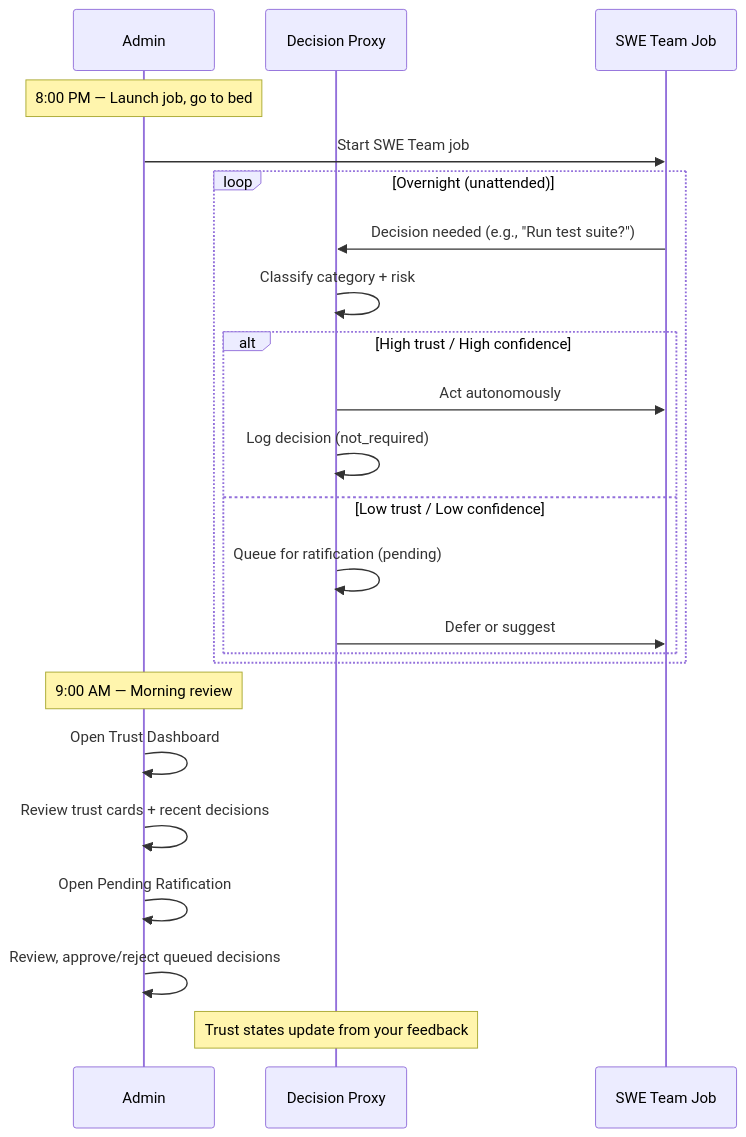
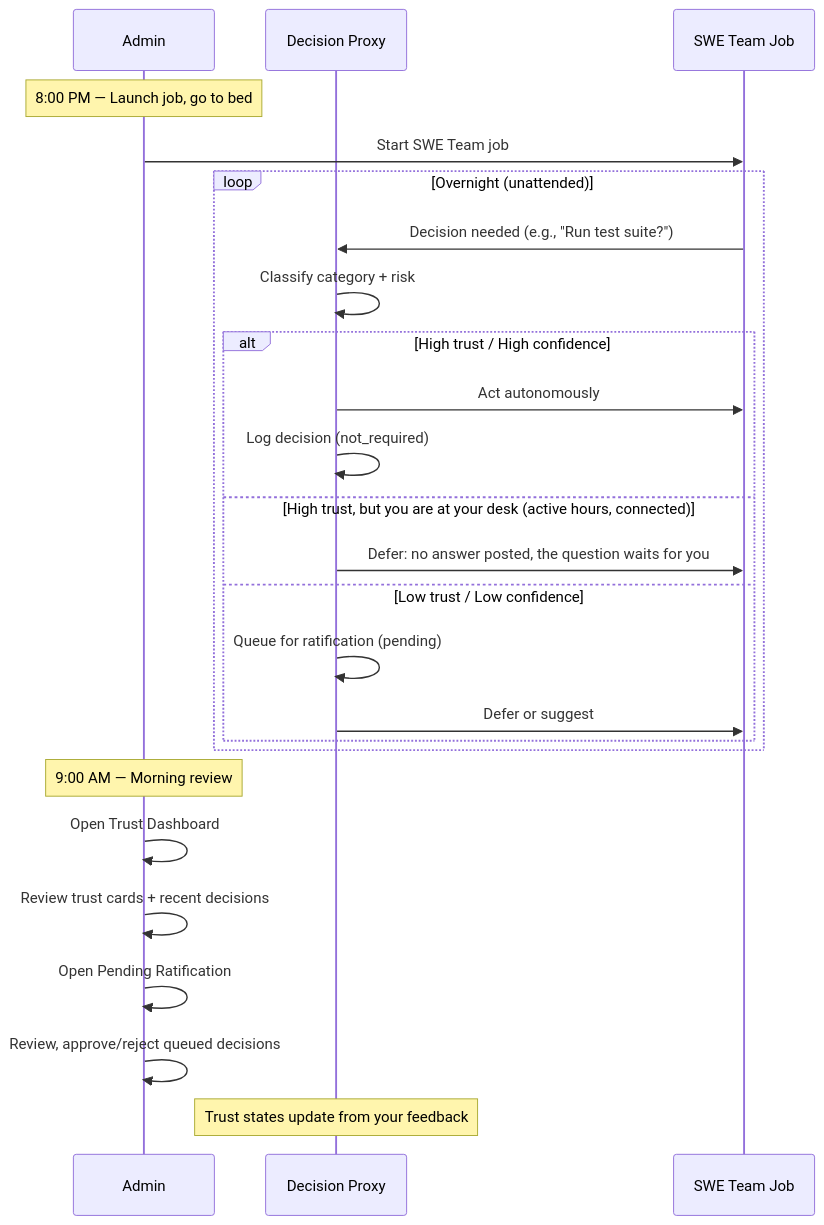
Before and after one commit to deepily/lupin: the first of 2 diagrams in src/docs/proxy-admin-guide.md, drawn with Mermaid. The commit also changed other lines of this file and 1 other file, not shown here.

First line of the commit message:
[LUPIN] SmartRouter wiring docs: the admin guide explains active hours and deferral, and the wiki stops saying nothing calls the router (base 13af10c8b)

````diff
--- a/src/docs/proxy-admin-guide.md
+++ b/src/docs/proxy-admin-guide.md
@@ -125,28 +168,30 @@
 ```mermaid
 sequenceDiagram
     participant You as Admin
     participant Proxy as Decision Proxy
     participant Job as SWE Team Job
 
     Note over You: 8:00 PM — Launch job, go to bed
     You->>Job: Start SWE Team job
 
     loop Overnight (unattended)
         Job->>Proxy: Decision needed (e.g., "Run test suite?")
         Proxy->>Proxy: Classify category + risk
         alt High trust / High confidence
             Proxy->>Job: Act autonomously
             Proxy->>Proxy: Log decision (not_required)
+        else High trust, but you are at your desk (active hours, connected)
+            Proxy->>Job: Defer: no answer posted, the question waits for you
         else Low trust / Low confidence
             Proxy->>Proxy: Queue for ratification (pending)
             Proxy->>Job: Defer or suggest
         end
     end
 
     Note over You: 9:00 AM — Morning review
     You->>You: Open Trust Dashboard
     You->>You: Review trust cards + recent decisions
     You->>You: Open Pending Ratification
     You->>You: Review, approve/reject queued decisions
     Note over Proxy: Trust states update from your feedback
 ```
````
